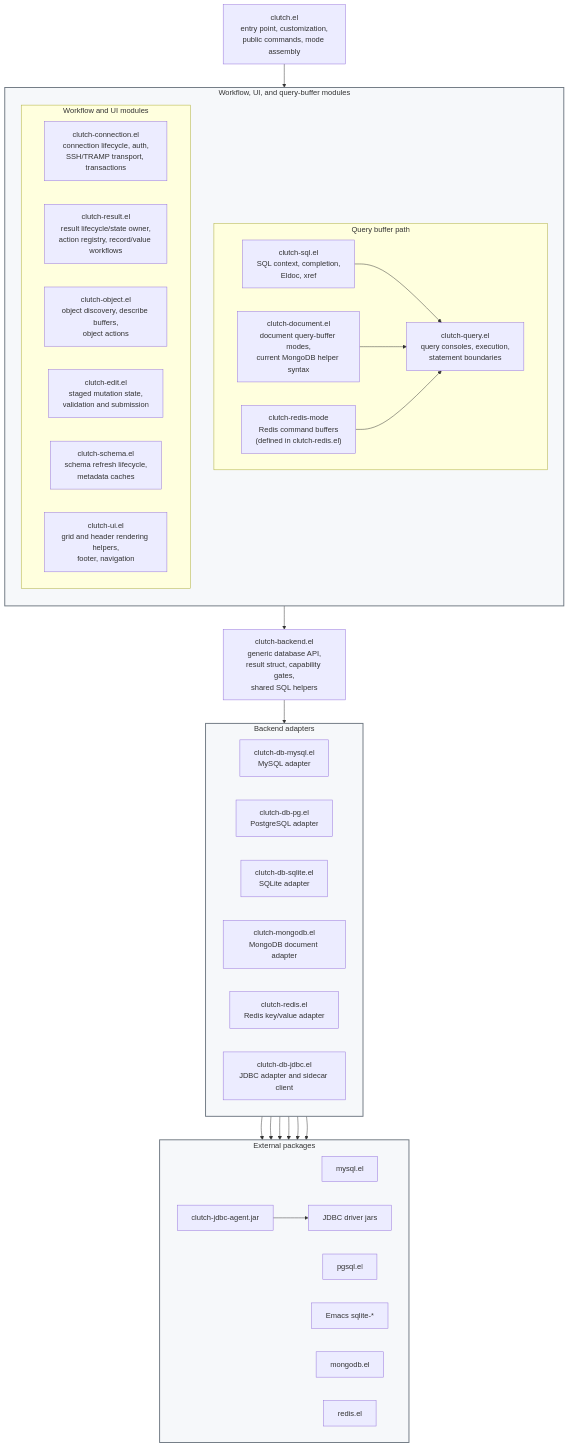
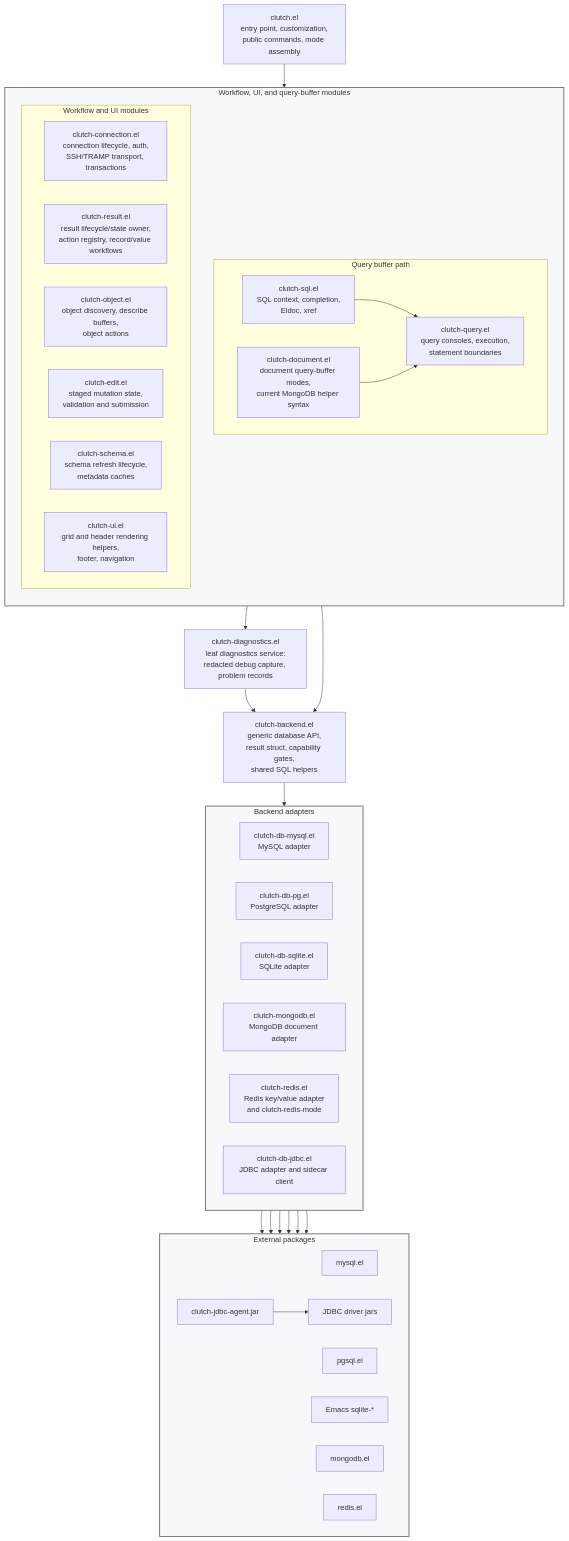
The first of 7 diagrams in docs/architecture.md (LuciusChen/clutch), drawn with Mermaid before and after one commit. The commit also changed other lines of this file, not shown here.

First line of the commit message:
docs: make the architecture diagrams match the code

````diff
--- a/docs/architecture.md
+++ b/docs/architecture.md
@@ -7,68 +7,70 @@
 ```mermaid
 flowchart TB
   Entry["clutch.el<br/>entry point, customization,<br/>public commands, mode assembly"]
 
   subgraph Workflow["Workflow, UI, and query-buffer modules"]
     direction TB
     subgraph QueryPath["Query buffer path"]
       direction LR
       SQL["clutch-sql.el<br/>SQL context, completion,<br/>Eldoc, xref"]
       Document["clutch-document.el<br/>document query-buffer modes,<br/>current MongoDB helper syntax"]
-      RedisQuery["clutch-redis-mode<br/>Redis command buffers<br/>(defined in clutch-redis.el)"]
       Query["clutch-query.el<br/>query consoles, execution,<br/>statement boundaries"]
     end
 
     subgraph WorkflowModules["Workflow and UI modules"]
       direction LR
       Conn["clutch-connection.el<br/>connection lifecycle, auth,<br/>SSH/TRAMP transport, transactions"]
       Result["clutch-result.el<br/>result lifecycle/state owner,<br/>action registry, record/value workflows"]
       Object["clutch-object.el<br/>object discovery, describe buffers,<br/>object actions"]
       Edit["clutch-edit.el<br/>staged mutation state,<br/>validation and submission"]
       Schema["clutch-schema.el<br/>schema refresh lifecycle,<br/>metadata caches"]
       UI["clutch-ui.el<br/>grid and header rendering helpers,<br/>footer, navigation"]
     end
   end
 
+  Diagnostics["clutch-diagnostics.el<br/>leaf diagnostics service:<br/>redacted debug capture, problem records"]
+
   Facade["clutch-backend.el<br/>generic database API,<br/>result struct, capability gates,<br/>shared SQL helpers"]
 
   subgraph Adapters["Backend adapters"]
     direction LR
     MySQL["clutch-db-mysql.el<br/>MySQL adapter"]
     PG["clutch-db-pg.el<br/>PostgreSQL adapter"]
     SQLite["clutch-db-sqlite.el<br/>SQLite adapter"]
     Mongo["clutch-mongodb.el<br/>MongoDB document adapter"]
-    Redis["clutch-redis.el<br/>Redis key/value adapter"]
+    Redis["clutch-redis.el<br/>Redis key/value adapter<br/>and clutch-redis-mode"]
     JDBC["clutch-db-jdbc.el<br/>JDBC adapter and sidecar client"]
   end
 
   subgraph External["External packages"]
     direction LR
     MySQLExt["mysql.el"]
     PGExt["pgsql.el"]
     SQLiteExt["Emacs sqlite-*"]
     MongoExt["mongodb.el"]
     RedisExt["redis.el"]
     Agent["clutch-jdbc-agent.jar"]
     Drivers["JDBC driver jars"]
   end
 
   style Workflow fill:#f6f8fa,stroke:#6e7781,stroke-width:2px
   style Adapters fill:#f6f8fa,stroke:#6e7781,stroke-width:2px
   style External fill:#f6f8fa,stroke:#6e7781,stroke-width:2px
 
   Entry --> Workflow
+  Workflow --> Diagnostics
   Workflow --> Facade
+  Diagnostics --> Facade
   Facade --> Adapters
 
   SQL --> Query
   Document --> Query
-  RedisQuery --> Query
 
   MySQL --> MySQLExt
   PG --> PGExt
   SQLite --> SQLiteExt
   Mongo --> MongoExt
   Redis --> RedisExt
   JDBC --> Agent
   Agent --> Drivers
 ```
````
